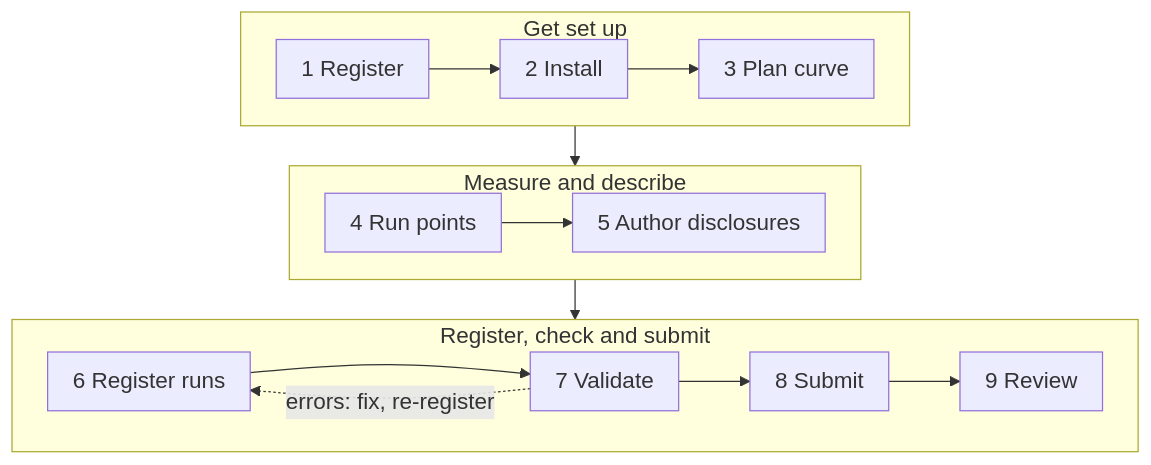
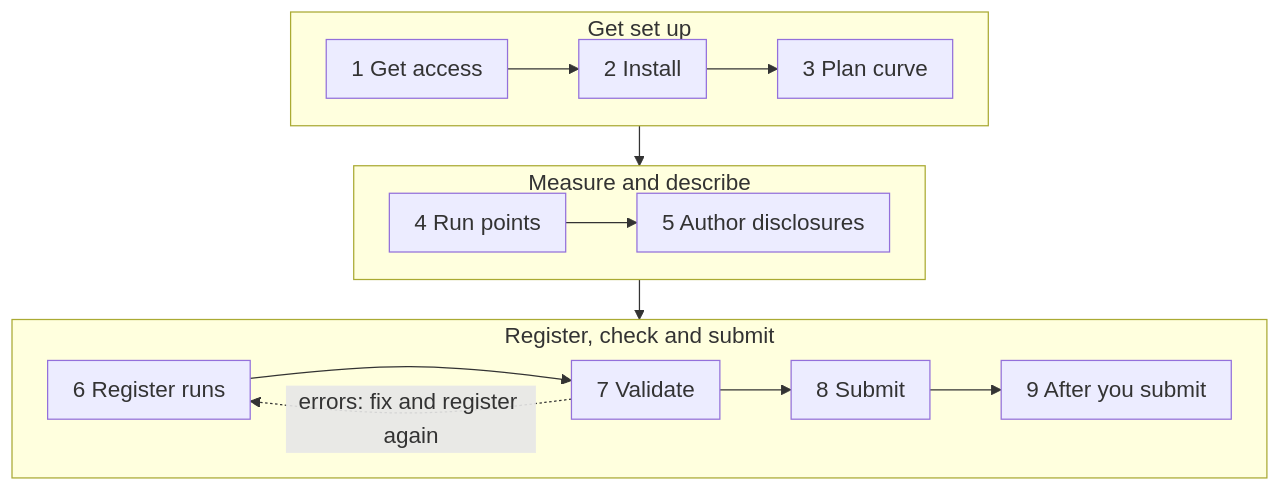
Before and after one commit to mlcommons/endpoints-submission-docs: the diagram in docs/workflow/index.md, drawn with Mermaid. The commit also changed other lines of this file and 35 other files, not shown here.

First line of the commit message:
Fact-check against the rules and tools, and smooth the newcomer flow

````diff
--- a/docs/workflow/index.md
+++ b/docs/workflow/index.md
@@ -3,18 +3,18 @@
 ```mermaid
 %%{init: {"themeVariables": {"fontSize": "18px"}, "flowchart": {"nodeSpacing": 24, "rankSpacing": 32, "padding": 10}}}%%
 flowchart TB
     subgraph setup ["Get set up"]
         direction LR
-        R[1 Register] --> I[2 Install] --> P[3 Plan curve]
+        R[1 Get access] --> I[2 Install] --> P[3 Plan curve]
     end
     subgraph measure ["Measure and describe"]
         direction LR
         X[4 Run points] --> D[5 Author disclosures]
     end
     subgraph submit ["Register, check and submit"]
         direction LR
-        G[6 Register runs] --> V[7 Validate] --> S[8 Submit] --> A[9 Review]
-        V -.->|"errors: fix, re-register"| G
+        G[6 Register runs] --> V[7 Validate] --> S[8 Submit] --> A[9 After you submit]
+        V -.->|"errors: fix and register again"| G
     end
     setup --> measure --> submit
 ```
````
